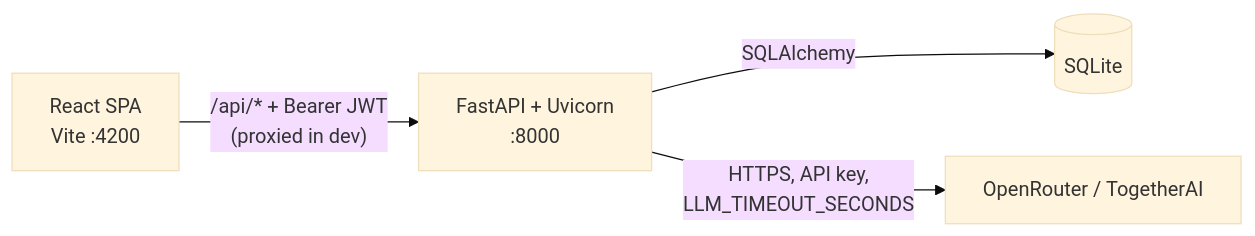
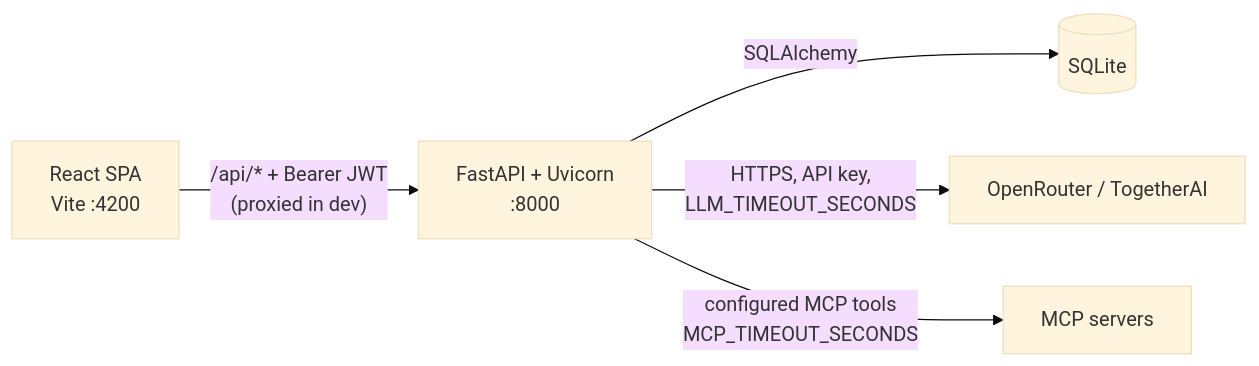
The first of 4 diagrams in docs/architecture.md (Fezzaioussama/AIMIx), drawn with Mermaid (base theme) before and after one commit. The commit also changed other lines of this file and 57 other files, not shown here.

````diff
--- a/docs/architecture.md
+++ b/docs/architecture.md
@@ -5,6 +5,7 @@
 ```mermaid
 graph LR
     Browser["React SPA<br/>Vite :4200"] -->|"/api/* + Bearer JWT<br/>(proxied in dev)"| API["FastAPI + Uvicorn<br/>:8000"]
     API -->|SQLAlchemy| DB[("SQLite")]
     API -->|"HTTPS, API key,<br/>LLM_TIMEOUT_SECONDS"| LLM["OpenRouter / TogetherAI"]
+    API -->|"configured MCP tools<br/>MCP_TIMEOUT_SECONDS"| MCP["MCP servers"]
 ```
````
